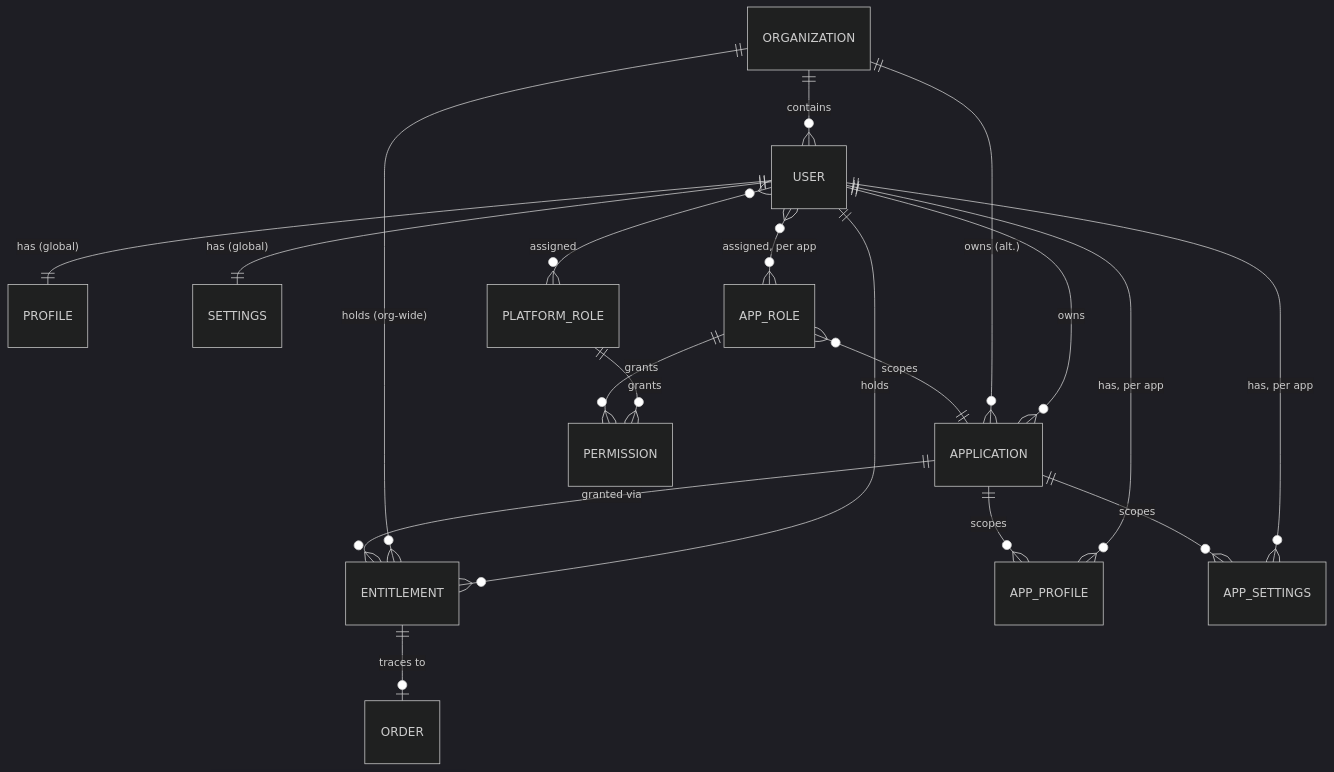
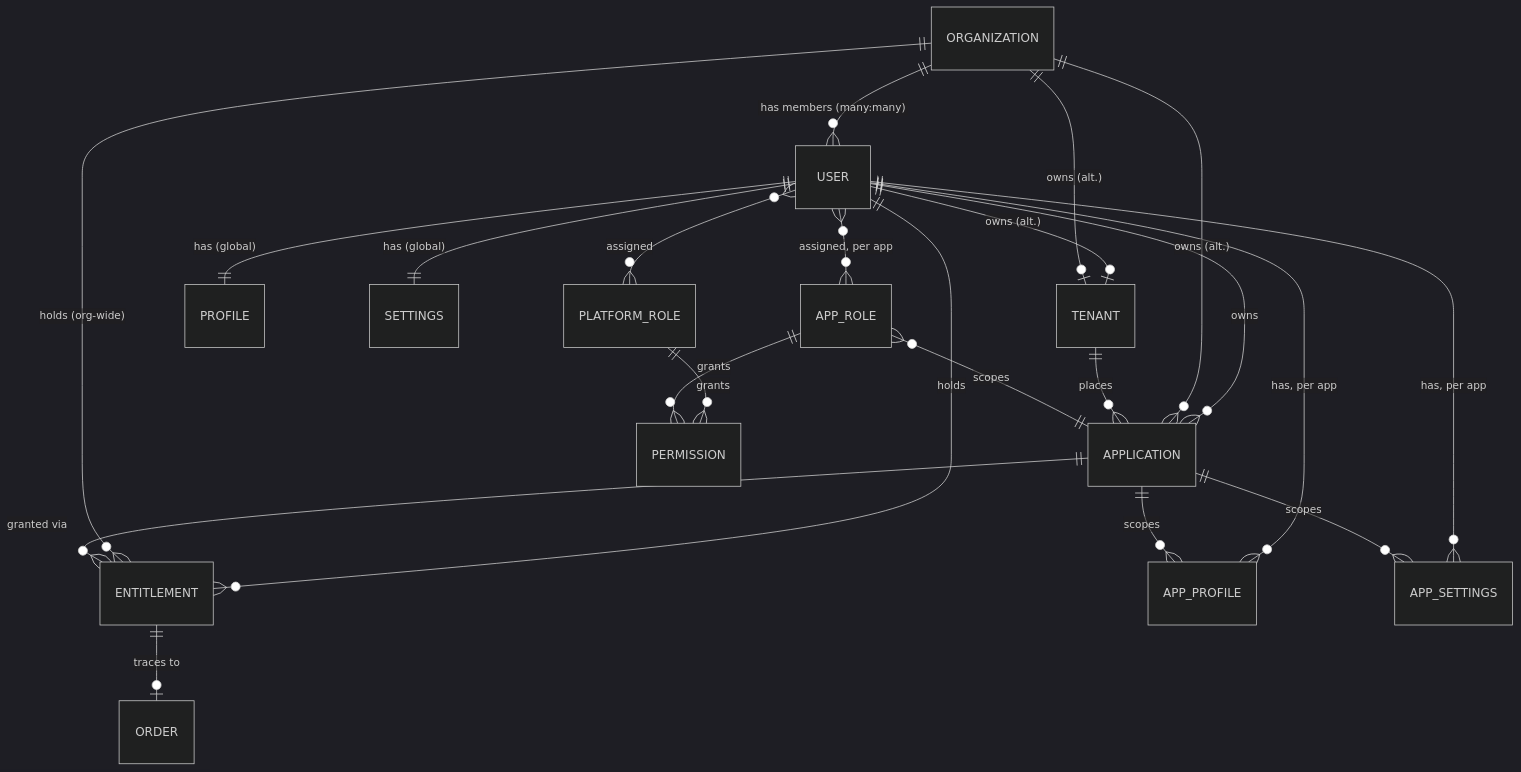
Before and after one commit to Adron/substratalapps.com: the diagram in docs/domain-model/index.md, drawn with Mermaid (dark theme). The commit also changed other lines of this file and 30 other files, not shown here.

````diff
--- a/docs/domain-model/index.md
+++ b/docs/domain-model/index.md
@@ -30,21 +31,24 @@
 ```mermaid
 erDiagram
     USER ||--o{ ENTITLEMENT : holds
-    ORGANIZATION ||--o{ USER : contains
+    ORGANIZATION ||--o{ USER : "has members (many:many)"
     ORGANIZATION ||--o{ ENTITLEMENT : "holds (org-wide)"
     APPLICATION ||--o{ ENTITLEMENT : "granted via"
     USER ||--o{ APPLICATION : owns
     ORGANIZATION ||--o{ APPLICATION : "owns (alt.)"
+    USER ||--o| TENANT : "owns (alt.)"
+    ORGANIZATION ||--o| TENANT : "owns (alt.)"
+    TENANT ||--o{ APPLICATION : places
     ENTITLEMENT ||--o| ORDER : "traces to"
     USER ||--|| PROFILE : "has (global)"
     USER ||--o{ APP_PROFILE : "has, per app"
     APPLICATION ||--o{ APP_PROFILE : scopes
     USER ||--|| SETTINGS : "has (global)"
     USER ||--o{ APP_SETTINGS : "has, per app"
     APPLICATION ||--o{ APP_SETTINGS : scopes
     USER }o--o{ PLATFORM_ROLE : assigned
     USER }o--o{ APP_ROLE : "assigned, per app"
     APP_ROLE }o--|| APPLICATION : scopes
     PLATFORM_ROLE ||--o{ PERMISSION : grants
     APP_ROLE ||--o{ PERMISSION : grants
 ```
````
